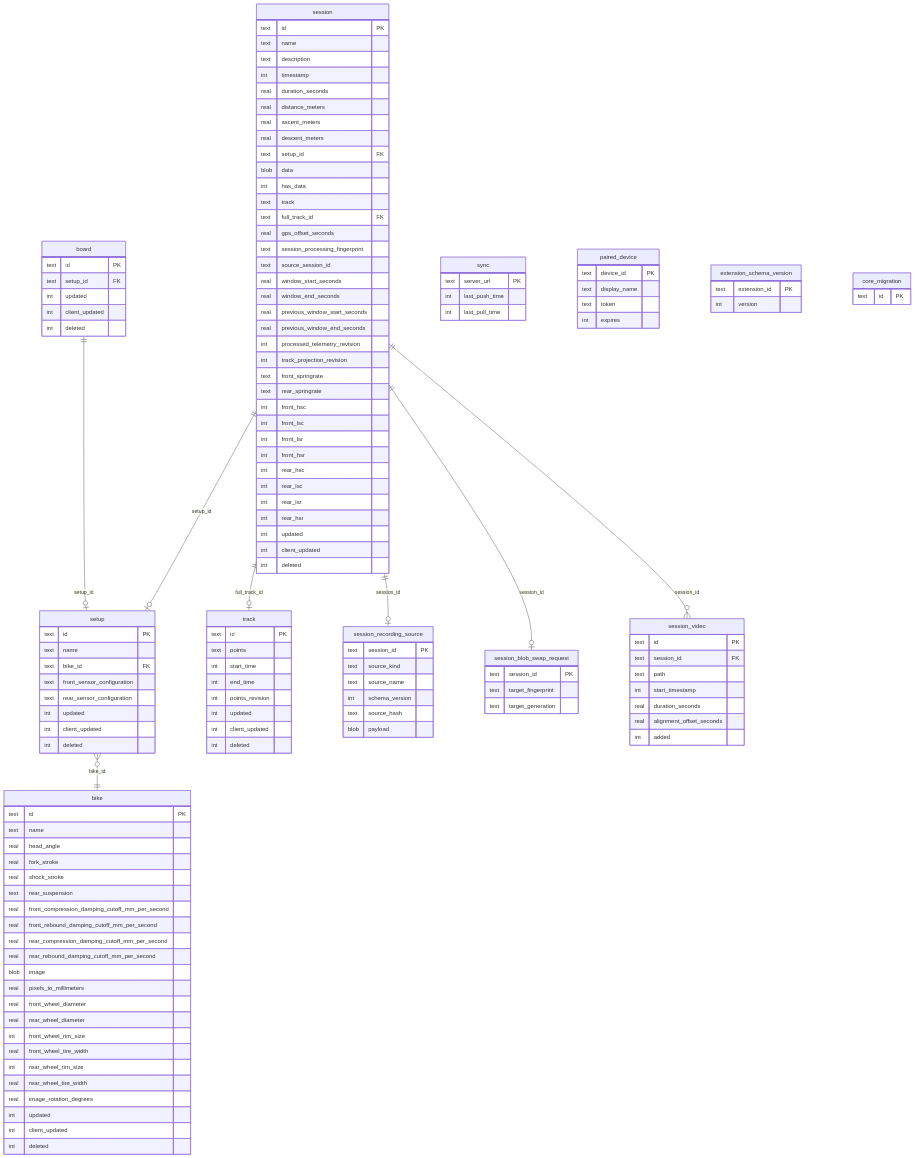
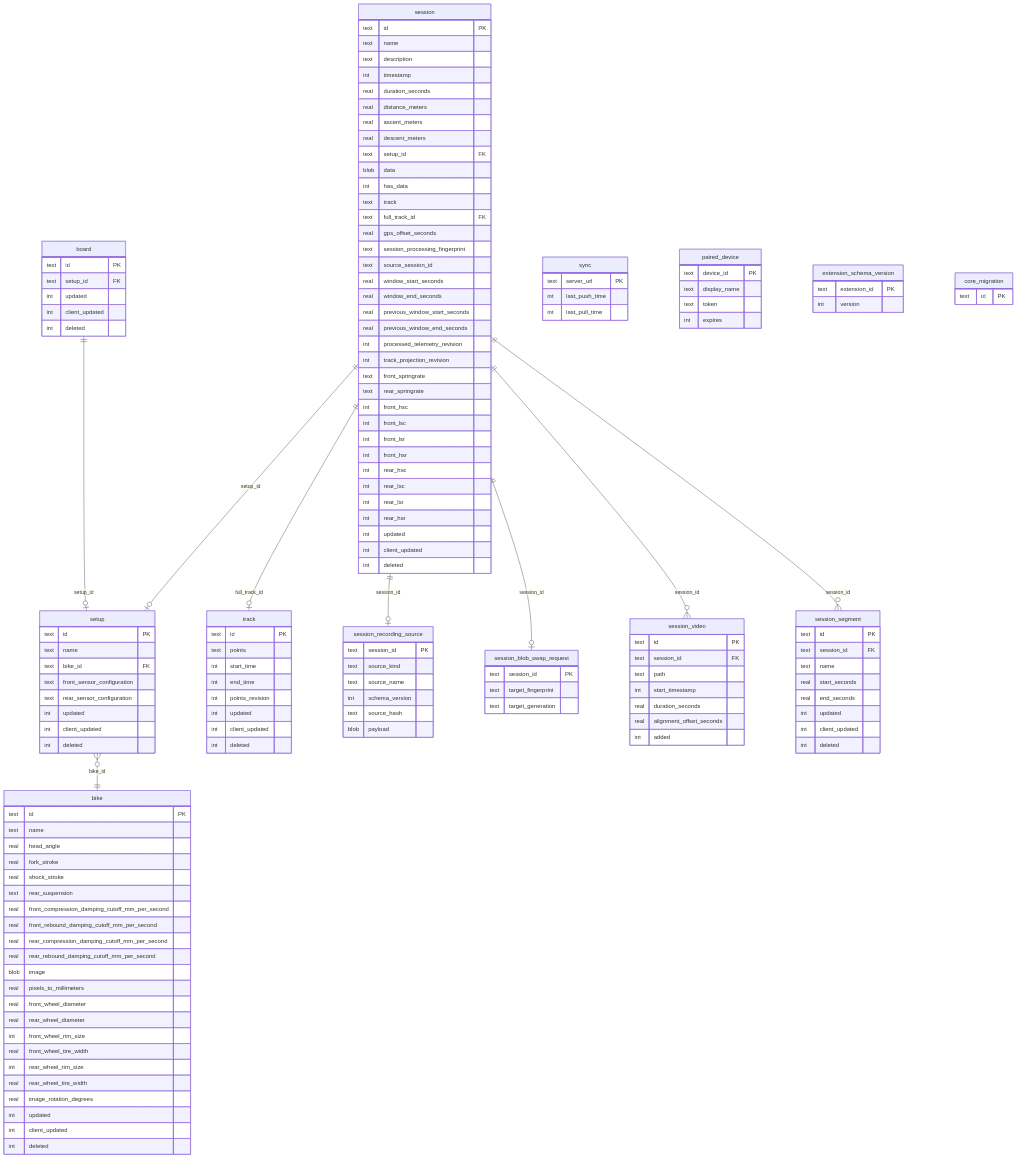
Before and after one commit to MoridinBG/Sufni.app: the diagram in docs/architecture/persistence.md, drawn with Mermaid. The commit also changed other lines of this file and 32 other files, not shown here.

```diff
--- a/docs/architecture/persistence.md
+++ b/docs/architecture/persistence.md
@@ -11,6 +11,7 @@
     session ||--o| session_recording_source : "session_id"
     session ||--o| session_blob_swap_request : "session_id"
     session ||--o{ session_video : "session_id"
+    session ||--o{ session_segment : "session_id"
     setup }o--|| bike : "bike_id"
     board ||--o| setup : "setup_id"
 
@@ -128,6 +129,17 @@
         text target_generation
     }
 
+    session_segment {
+        text id PK
+        text session_id FK
+        text name
+        real start_seconds
+        real end_seconds
+        int updated
+        int client_updated
+        int deleted
+    }
+
     session_video {
         text id PK
         text session_id FK
```
